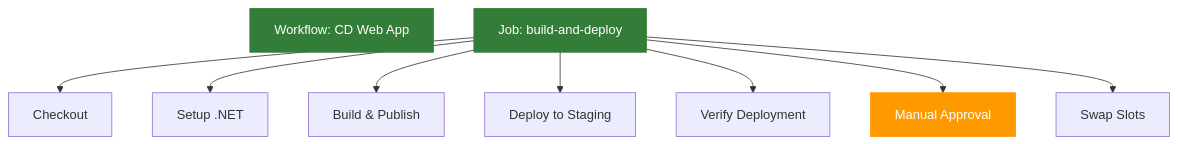
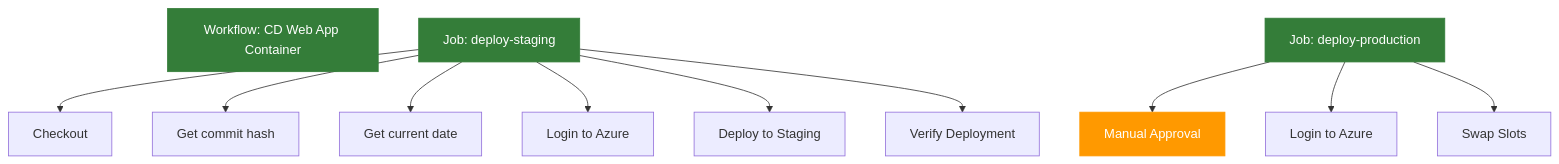
One commit to wguzik/basiccicd changed the diagram in README-deployment-webapp.md. Above: the diagram before and after it, drawn with Mermaid. The commit also changed other lines of this file and 2 other files, not shown here.

````diff
--- a/README-deployment-webapp.md
+++ b/README-deployment-webapp.md
@@ -210,17 +170,22 @@
 ```mermaid
 graph TD
-    A[Workflow: CD Web App]
-    B[Job: build-and-deploy]
+    A[Workflow: CD Web App Container]
+    B1[Job: deploy-staging]
+    B2[Job: deploy-production]
     
-    B --> C[Checkout]
-    B --> D[Setup .NET]
-    B --> E[Build & Publish]
-    B --> F[Deploy to Staging]
-    B --> G[Verify Deployment]
-    B --> H[Manual Approval]
-    B --> I[Swap Slots]
+    B1 --> C[Checkout]
+    B1 --> D[Get commit hash]
+    B1 --> E[Get current date]
+    B1 --> F[Login to Azure]
+    B1 --> G[Deploy to Staging]
+    B1 --> H[Verify Deployment]
+    
+    B2 --> I[Manual Approval]
+    B2 --> J[Login to Azure]
+    B2 --> K[Swap Slots]
     
     style A fill:#347d39,stroke:#347d39,color:#ffffff
-    style B fill:#347d39,stroke:#347d39,color:#ffffff
-    style H fill:#ff9900,stroke:#ff9900,color:#ffffff
+    style B1 fill:#347d39,stroke:#347d39,color:#ffffff
+    style B2 fill:#347d39,stroke:#347d39,color:#ffffff
+    style I fill:#ff9900,stroke:#ff9900,color:#ffffff
 ```
````
